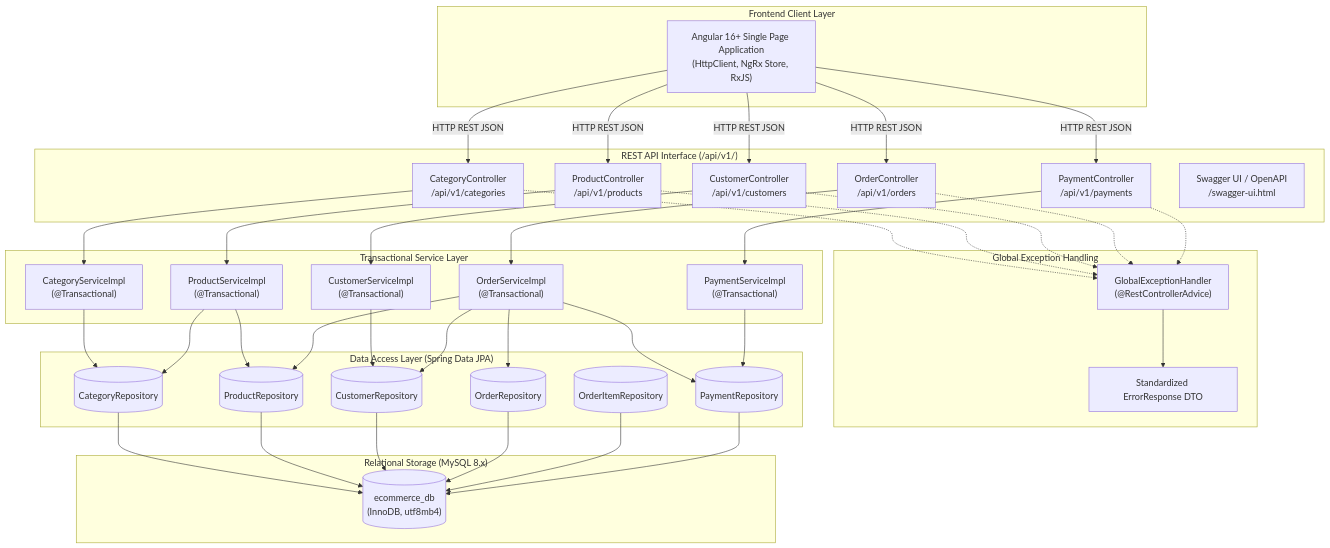
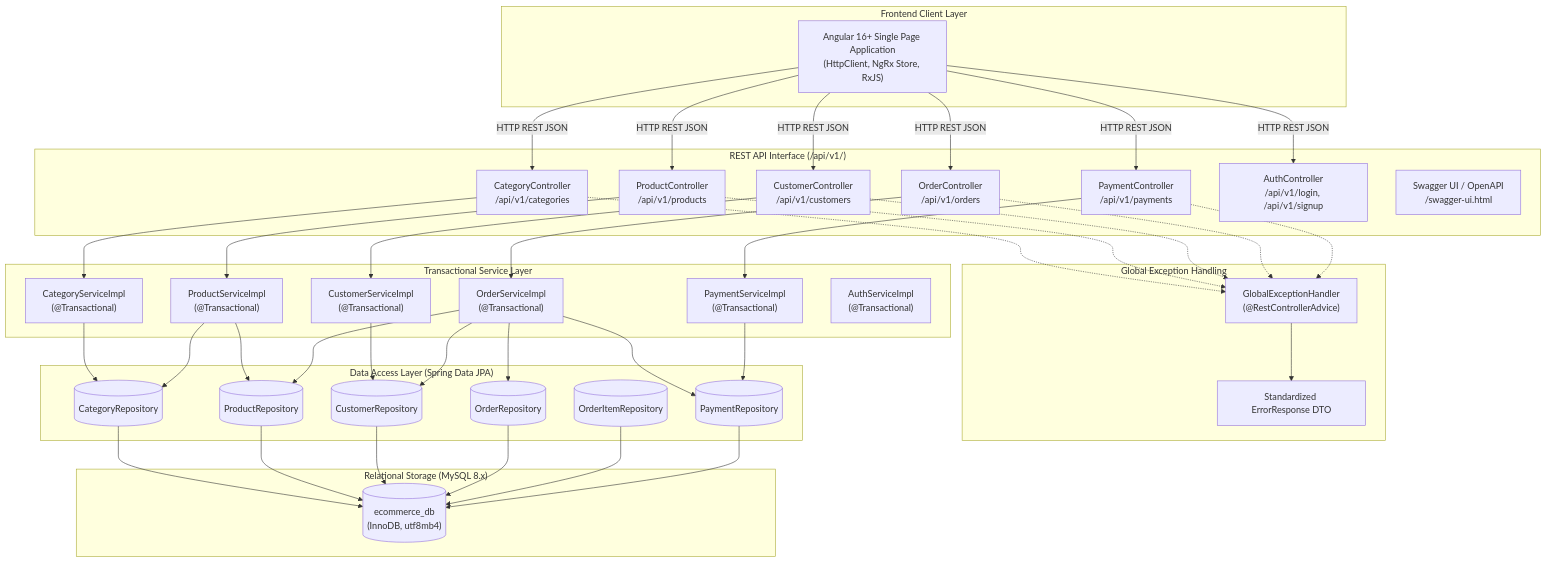
Before and after one commit to flexpartha/ecom-site: the diagram in documentation/angular-frontend-reference/PROJECT_OVERVIEW.md, drawn with Mermaid. The commit also changed other lines of this file and 11 other files, not shown here.

````diff
--- a/documentation/angular-frontend-reference/PROJECT_OVERVIEW.md
+++ b/documentation/angular-frontend-reference/PROJECT_OVERVIEW.md
@@ -58,77 +58,80 @@
 ```mermaid
 graph TB
     subgraph ClientLayer ["Frontend Client Layer"]
         AngularApp["Angular 16+ Single Page Application\n(HttpClient, NgRx Store, RxJS)"]
     end
 
     subgraph ApiBoundary ["REST API Interface (/api/v1/)"]
         CatCtrl["CategoryController\n/api/v1/categories"]
         ProdCtrl["ProductController\n/api/v1/products"]
         CustCtrl["CustomerController\n/api/v1/customers"]
         OrdCtrl["OrderController\n/api/v1/orders"]
         PayCtrl["PaymentController\n/api/v1/payments"]
+        AuthCtrl["AuthController\n/api/v1/login, /api/v1/signup"]
         SwaggerUI["Swagger UI / OpenAPI\n/swagger-ui.html"]
     end
 
     subgraph ServiceLayer ["Transactional Service Layer"]
         CatSvc["CategoryServiceImpl\n(@Transactional)"]
         ProdSvc["ProductServiceImpl\n(@Transactional)"]
         CustSvc["CustomerServiceImpl\n(@Transactional)"]
         OrdSvc["OrderServiceImpl\n(@Transactional)"]
         PaySvc["PaymentServiceImpl\n(@Transactional)"]
+        AuthSvc["AuthServiceImpl\n(@Transactional)"]
     end
 
     subgraph ExceptionHandling ["Global Exception Handling"]
         GlobalEx["GlobalExceptionHandler\n(@RestControllerAdvice)"]
         ErrResp["Standardized ErrorResponse DTO"]
     end
 
     subgraph RepoLayer ["Data Access Layer (Spring Data JPA)"]
         CatRepo[("CategoryRepository")]
         ProdRepo[("ProductRepository")]
         CustRepo[("CustomerRepository")]
         OrdRepo[("OrderRepository")]
         ItemRepo[("OrderItemRepository")]
         PayRepo[("PaymentRepository")]
     end
 
     subgraph DatabaseLayer ["Relational Storage (MySQL 8.x)"]
         MySQL[("ecommerce_db\n(InnoDB, utf8mb4)")]
     end
 
     AngularApp -->|HTTP REST JSON| CatCtrl
     AngularApp -->|HTTP REST JSON| ProdCtrl
     AngularApp -->|HTTP REST JSON| CustCtrl
     AngularApp -->|HTTP REST JSON| OrdCtrl
     AngularApp -->|HTTP REST JSON| PayCtrl
+    AngularApp -->|HTTP REST JSON| AuthCtrl
 
     CatCtrl --> CatSvc
     ProdCtrl --> ProdSvc
     CustCtrl --> CustSvc
     OrdCtrl --> OrdSvc
     PayCtrl --> PaySvc
 
     CatCtrl -.-> GlobalEx
     ProdCtrl -.-> GlobalEx
     CustCtrl -.-> GlobalEx
     OrdCtrl -.-> GlobalEx
     PayCtrl -.-> GlobalEx
     GlobalEx --> ErrResp
 
     CatSvc --> CatRepo
     ProdSvc --> ProdRepo
     ProdSvc --> CatRepo
     CustSvc --> CustRepo
     OrdSvc --> OrdRepo
     OrdSvc --> CustRepo
     OrdSvc --> ProdRepo
     OrdSvc --> PayRepo
     PaySvc --> PayRepo
 
     CatRepo --> MySQL
     ProdRepo --> MySQL
     CustRepo --> MySQL
     OrdRepo --> MySQL
     ItemRepo --> MySQL
     PayRepo --> MySQL
 ```
````
